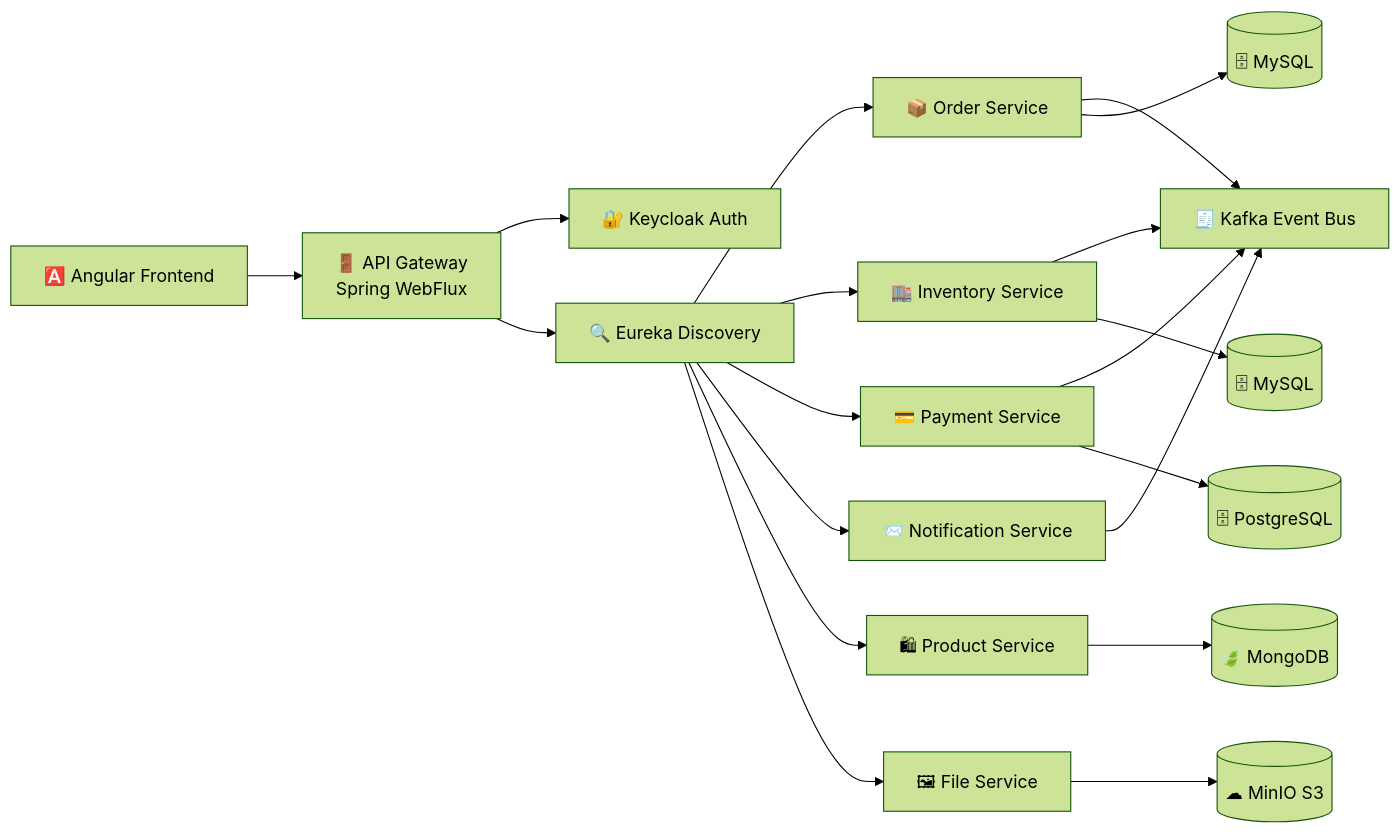
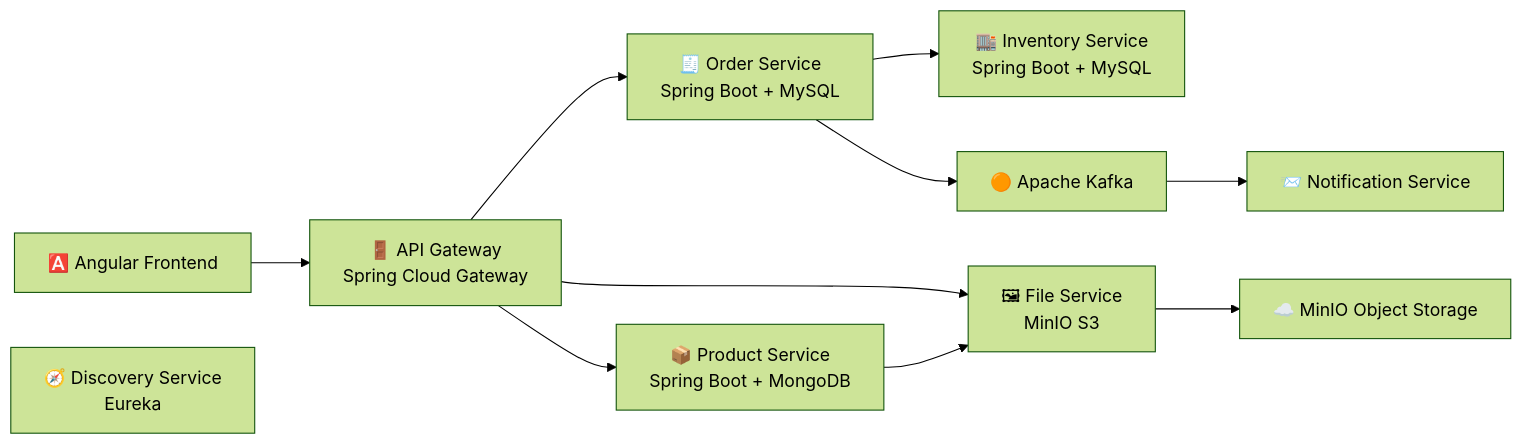
The first of 3 diagrams in README.md (Andrij72/MicroserviceGrid-DDD), drawn with Mermaid (forest theme) before and after one commit. The commit also changed other lines of this file and 1 other file, not shown here.

Commit message:
chore: update docker-compose ports,add new inventory event in README

````diff
--- a/README.md
+++ b/README.md
@@ -53,38 +51,23 @@
 ```mermaid
-graph LR
-Client[🅰️ Angular Frontend]
-Gateway[🚪 API Gateway<br>Spring WebFlux]
-Auth[🔐 Keycloak Auth]
-Discovery[🔍 Eureka Discovery]
-Kafka[🧾 Kafka Event Bus]
-Order[📦 Order Service]
-Inventory[🏬 Inventory Service]
-Payment[💳 Payment Service]
-Notification[📨 Notification Service]
-Product[🛍 Product Service]
-File[🖼 File Service]
-DB1[(🗄 MySQL)]
-DB2[(🗄 MySQL)]
-DB3[(🗄 PostgreSQL)]
-MDB[(🍃 MongoDB)]
-Storage[(☁ MinIO S3)]
+flowchart LR
+    Client["🅰️ Angular Frontend"]
+    Gateway["🚪 API Gateway<br>Spring Cloud Gateway"]
+    Discovery["🧭 Discovery Service<br>Eureka"]
+    Order["🧾 Order Service<br>Spring Boot + MySQL"]
+    Product["📦 Product Service<br>Spring Boot + MongoDB"]
+    Inventory["🏬 Inventory Service<br>Spring Boot + MySQL"]
+    Notification["📨 Notification Service"]
+    File["🖼 File Service<br>MinIO S3"]
+    Kafka["🟠 Apache Kafka"]
+    Minio["☁️ MinIO Object Storage"]
 
-Client --> Gateway
-Gateway --> Auth
-Gateway --> Discovery
-Discovery --> Order
-Discovery --> Inventory
-Discovery --> Payment
-Discovery --> Notification
-Discovery --> Product
-Discovery --> File
-Order --> Kafka
-Inventory --> Kafka
-Payment --> Kafka
-Notification --> Kafka
-Order --> DB1
-Inventory --> DB2
-Payment --> DB3
-Product --> MDB
-File --> Storage
+    Client --> Gateway
+    Gateway --> Order
+    Gateway --> Product
+    Gateway --> File
+    Order --> Inventory
+    Order --> Kafka
+    Product --> File
+    Kafka --> Notification
+    File --> Minio
 ```
````
